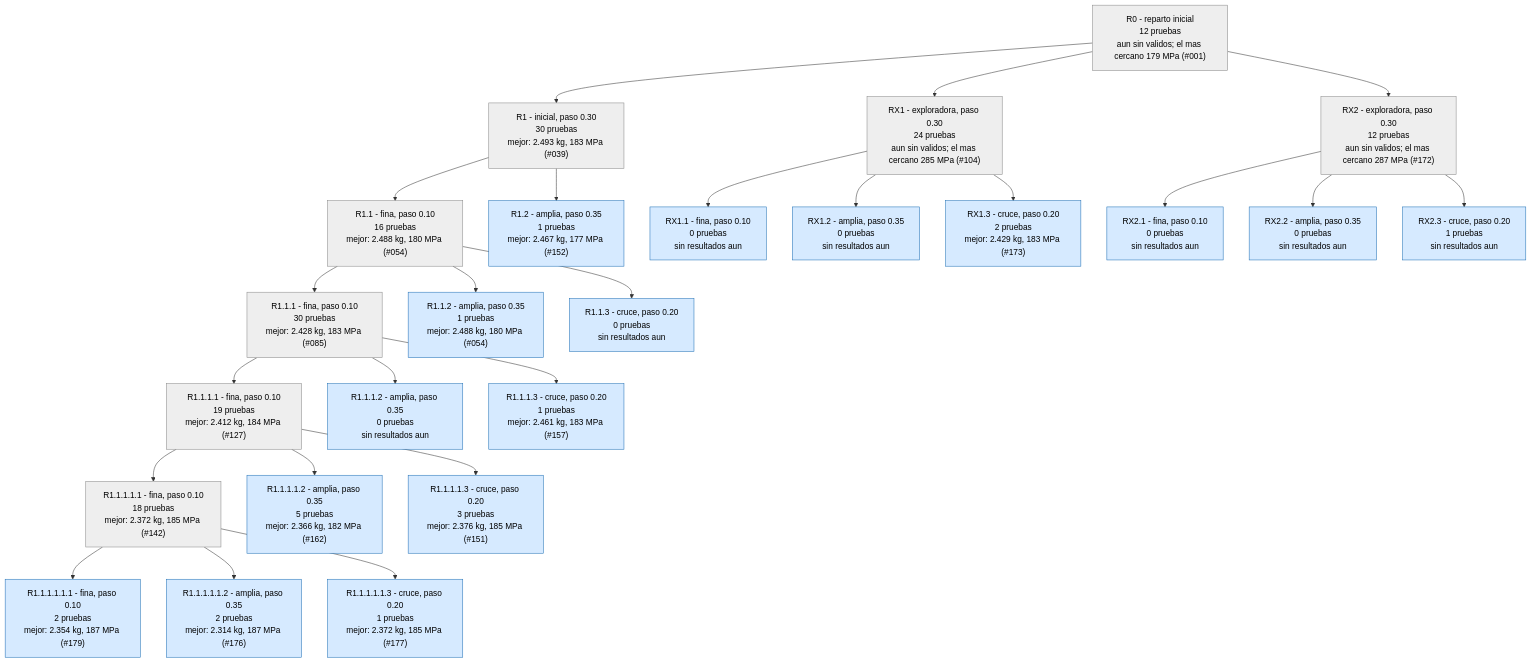
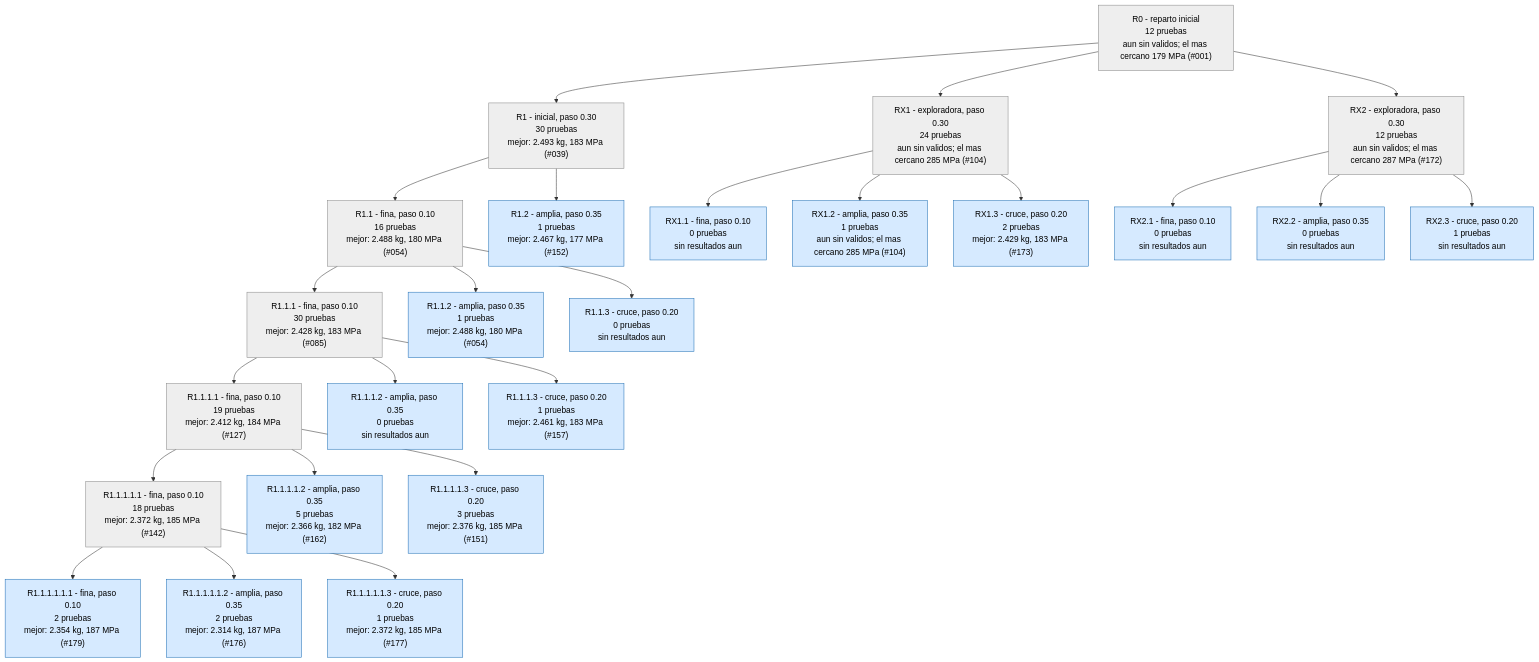
The second of 4 diagrams in runs/opt_37800N/ARBOL.md (Hugiko/msd-soporte-optimizacion), drawn with Mermaid before and after one commit. The commit also changed 21 other files, not shown here.

````diff
--- a/runs/opt_37800N/ARBOL.md
+++ b/runs/opt_37800N/ARBOL.md
@@ -41,53 +41,53 @@
 ```mermaid
 graph TD
 classDef activa fill:#d6eaff,stroke:#1f6fb5,color:#000
 classDef fin fill:#eeeeee,stroke:#888,color:#000
 classDef mejor fill:#c8f0c0,stroke:#1a9850,stroke-width:4px,color:#000
 R0["R0 - reparto inicial<br/>12 pruebas<br/>aun sin validos; el mas cercano 179 MPa (#001)"]:::fin
 R1["R1 - inicial, paso 0.30<br/>30 pruebas<br/>mejor: 2.493 kg, 183 MPa (#039)"]:::fin
 R0 --> R1
 R1_1["R1.1 - fina, paso 0.10<br/>16 pruebas<br/>mejor: 2.488 kg, 180 MPa (#054)"]:::fin
 R1 --> R1_1
 R1_2["R1.2 - amplia, paso 0.35<br/>1 pruebas<br/>mejor: 2.467 kg, 177 MPa (#152)"]:::activa
 R1 --> R1_2
 R1_1_1["R1.1.1 - fina, paso 0.10<br/>30 pruebas<br/>mejor: 2.428 kg, 183 MPa (#085)"]:::fin
 R1_1 --> R1_1_1
 R1_1_2["R1.1.2 - amplia, paso 0.35<br/>1 pruebas<br/>mejor: 2.488 kg, 180 MPa (#054)"]:::activa
 R1_1 --> R1_1_2
 R1_1_3["R1.1.3 - cruce, paso 0.20<br/>0 pruebas<br/>sin resultados aun"]:::activa
 R1_1 --> R1_1_3
 R1_1_1_1["R1.1.1.1 - fina, paso 0.10<br/>19 pruebas<br/>mejor: 2.412 kg, 184 MPa (#127)"]:::fin
 R1_1_1 --> R1_1_1_1
 R1_1_1_2["R1.1.1.2 - amplia, paso 0.35<br/>0 pruebas<br/>sin resultados aun"]:::activa
 R1_1_1 --> R1_1_1_2
 R1_1_1_3["R1.1.1.3 - cruce, paso 0.20<br/>1 pruebas<br/>mejor: 2.461 kg, 183 MPa (#157)"]:::activa
 R1_1_1 --> R1_1_1_3
 RX1["RX1 - exploradora, paso 0.30<br/>24 pruebas<br/>aun sin validos; el mas cercano 285 MPa (#104)"]:::fin
 R0 --> RX1
 RX1_1["RX1.1 - fina, paso 0.10<br/>0 pruebas<br/>sin resultados aun"]:::activa
 RX1 --> RX1_1
-RX1_2["RX1.2 - amplia, paso 0.35<br/>0 pruebas<br/>sin resultados aun"]:::activa
+RX1_2["RX1.2 - amplia, paso 0.35<br/>1 pruebas<br/>aun sin validos; el mas cercano 285 MPa (#104)"]:::activa
 RX1 --> RX1_2
 RX1_3["RX1.3 - cruce, paso 0.20<br/>2 pruebas<br/>mejor: 2.429 kg, 183 MPa (#173)"]:::activa
 RX1 --> RX1_3
 R1_1_1_1_1["R1.1.1.1.1 - fina, paso 0.10<br/>18 pruebas<br/>mejor: 2.372 kg, 185 MPa (#142)"]:::fin
 R1_1_1_1 --> R1_1_1_1_1
 R1_1_1_1_2["R1.1.1.1.2 - amplia, paso 0.35<br/>5 pruebas<br/>mejor: 2.366 kg, 182 MPa (#162)"]:::activa
 R1_1_1_1 --> R1_1_1_1_2
 R1_1_1_1_3["R1.1.1.1.3 - cruce, paso 0.20<br/>3 pruebas<br/>mejor: 2.376 kg, 185 MPa (#151)"]:::activa
 R1_1_1_1 --> R1_1_1_1_3
 R1_1_1_1_1_1["R1.1.1.1.1.1 - fina, paso 0.10<br/>2 pruebas<br/>mejor: 2.354 kg, 187 MPa (#179)"]:::activa
 R1_1_1_1_1 --> R1_1_1_1_1_1
 R1_1_1_1_1_2["R1.1.1.1.1.2 - amplia, paso 0.35<br/>2 pruebas<br/>mejor: 2.314 kg, 187 MPa (#176)"]:::activa
 R1_1_1_1_1 --> R1_1_1_1_1_2
 R1_1_1_1_1_3["R1.1.1.1.1.3 - cruce, paso 0.20<br/>1 pruebas<br/>mejor: 2.372 kg, 185 MPa (#177)"]:::activa
 R1_1_1_1_1 --> R1_1_1_1_1_3
 RX2["RX2 - exploradora, paso 0.30<br/>12 pruebas<br/>aun sin validos; el mas cercano 287 MPa (#172)"]:::fin
 R0 --> RX2
 RX2_1["RX2.1 - fina, paso 0.10<br/>0 pruebas<br/>sin resultados aun"]:::activa
 RX2 --> RX2_1
 RX2_2["RX2.2 - amplia, paso 0.35<br/>0 pruebas<br/>sin resultados aun"]:::activa
 RX2 --> RX2_2
 RX2_3["RX2.3 - cruce, paso 0.20<br/>1 pruebas<br/>sin resultados aun"]:::activa
 RX2 --> RX2_3
 ```
````
